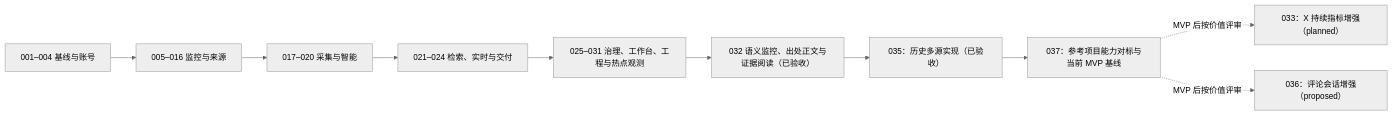
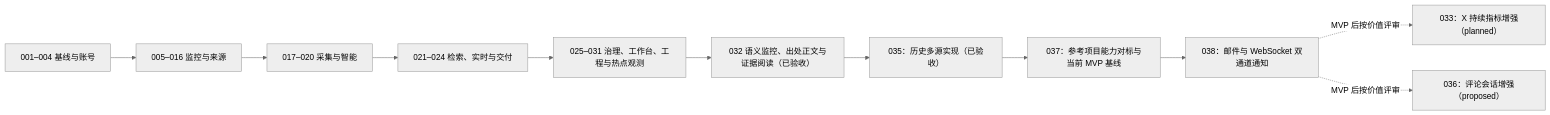
Before and after one commit to StephenQiu30/Ripplesight: the diagram in docs/README.md, drawn with Mermaid (neutral theme). The commit also changed other lines of this file and 73 other files, not shown here.

````diff
--- a/docs/README.md
+++ b/docs/README.md
@@ -72,12 +73,13 @@
 ```mermaid
 flowchart LR
   A["001–004 基线与账号"] --> B["005–016 监控与来源"]
   B --> C["017–020 采集与智能"]
   C --> D["021–024 检索、实时与交付"]
   D --> E["025–031 治理、工作台、工程与热点观测"]
   E --> F["032 语义监控、出处正文与证据阅读（已验收）"]
   F --> G["035：历史多源实现（已验收）"]
   G --> H["037：参考项目能力对标与当前 MVP 基线"]
-  H -. "MVP 后按价值评审" .-> I["033：X 持续指标增强（planned）"]
-  H -. "MVP 后按价值评审" .-> J["036：评论会话增强（proposed）"]
+  H --> K["038：邮件与 WebSocket 双通道通知"]
+  K -. "MVP 后按价值评审" .-> I["033：X 持续指标增强（planned）"]
+  K -. "MVP 后按价值评审" .-> J["036：评论会话增强（proposed）"]
 ```
````
